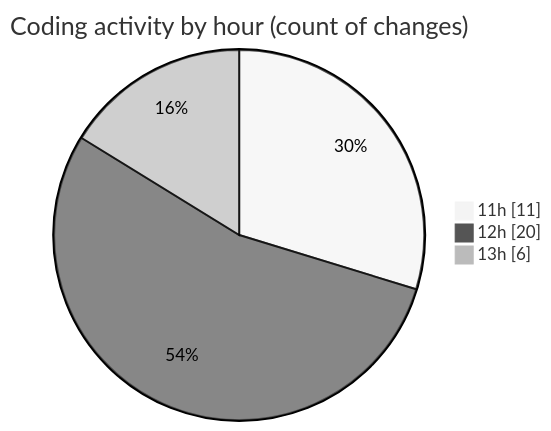
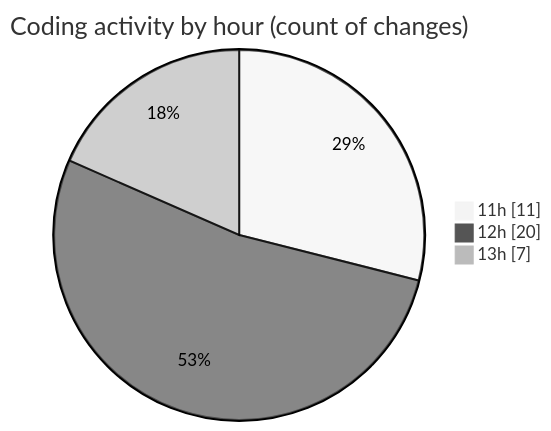
One commit to nxtqubesakshisongat/code-tracking changed the second of 2 diagrams in 2025-10-14/nxtqube_webapp/README.md. Above: the diagram before and after it, drawn with Mermaid (neutral theme). The commit also changed other lines of this file and 1 other file, not shown here.

````diff
--- a/2025-10-14/nxtqube_webapp/README.md
+++ b/2025-10-14/nxtqube_webapp/README.md
@@ -29,7 +29,7 @@
 ```mermaid
 pie showData
 title Coding activity by hour (count of changes)
 "11h" : 11
 "12h" : 20
-"13h" : 6
+"13h" : 7
 ```
````
